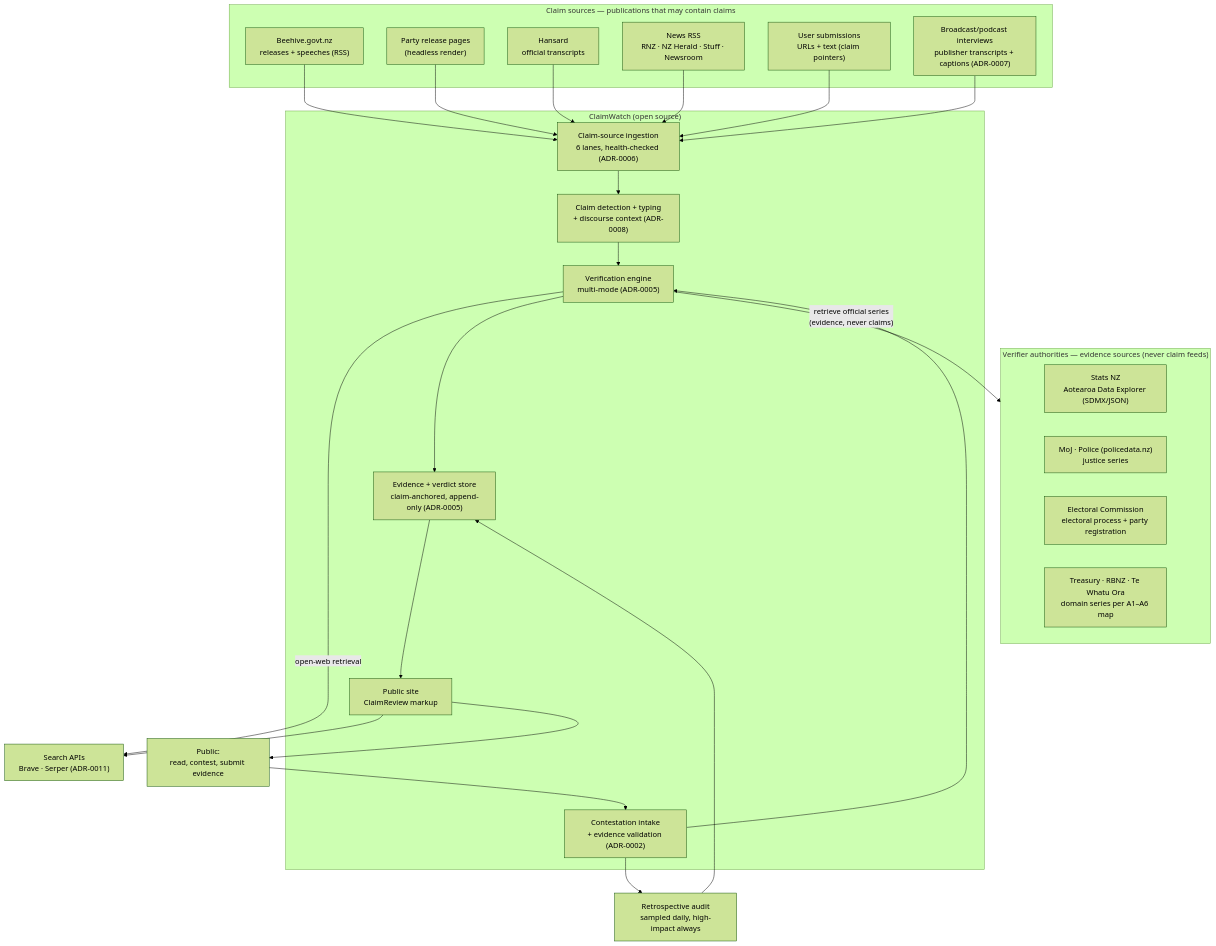
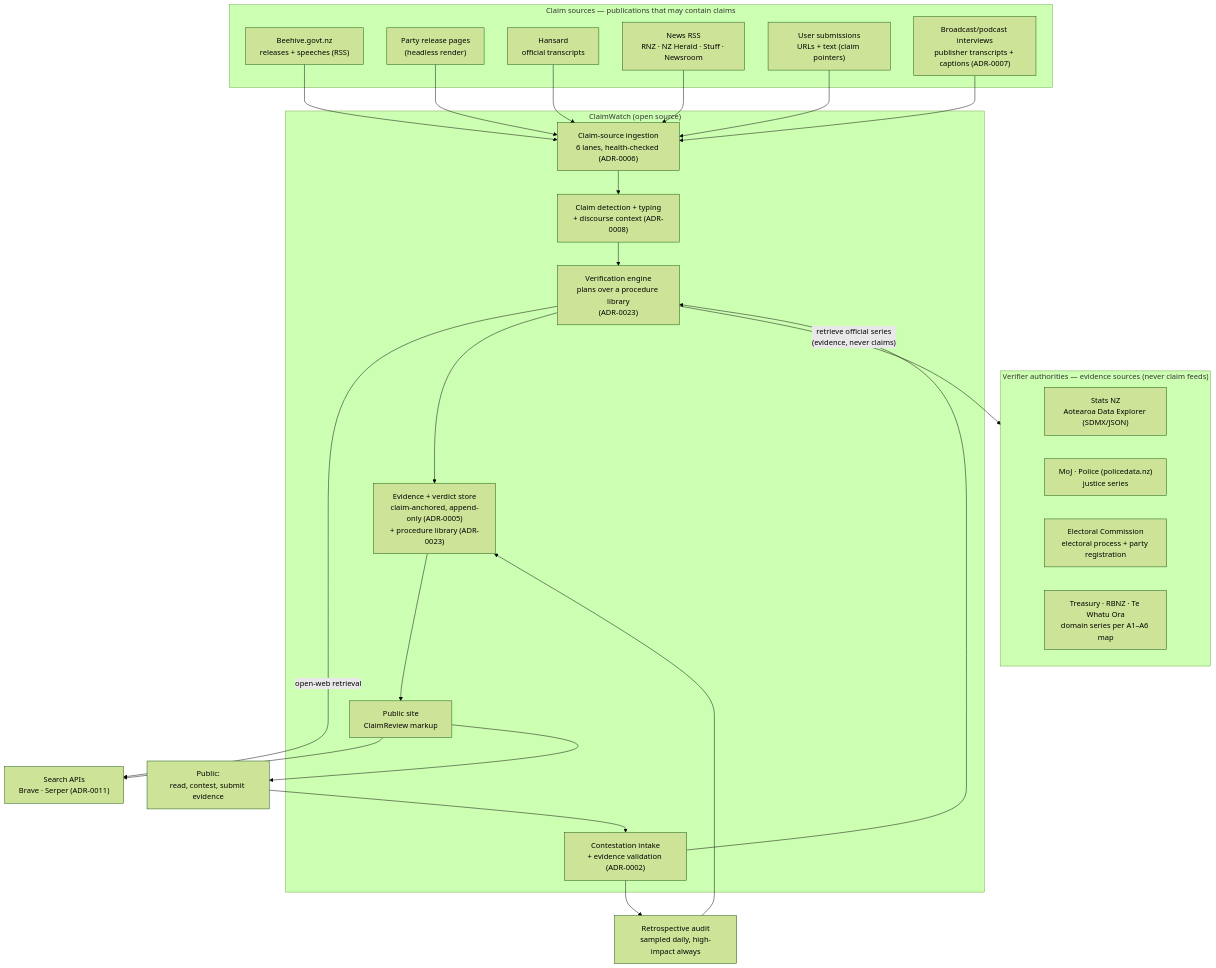
The first of 5 diagrams in docs/ARCHITECTURE.md (bradleyscott/claimwatch-nz), drawn with Mermaid (forest theme) before and after one commit. The commit also changed other lines of this file and 27 other files, not shown here.

````diff
--- a/docs/ARCHITECTURE.md
+++ b/docs/ARCHITECTURE.md
@@ -28,50 +28,50 @@
 ```mermaid
 flowchart TB
     subgraph CLAIM_SOURCES["Claim sources — publications that may contain claims"]
         BEEHIVE["Beehive.govt.nz<br/>releases + speeches (RSS)"]
         PARTIES["Party release pages<br/>(headless render)"]
         HANSARD["Hansard<br/>official transcripts"]
         NEWS["News RSS<br/>RNZ · NZ Herald · Stuff · Newsroom"]
         SUBMIT["User submissions<br/>URLs + text (claim pointers)"]
         BCAST["Broadcast/podcast interviews<br/>publisher transcripts + captions (ADR-0007)"]
     end
 
     subgraph AUTHORITIES["Verifier authorities — evidence sources (never claim feeds)"]
         STATS["Stats NZ<br/>Aotearoa Data Explorer (SDMX/JSON)"]
         MOJ["MoJ · Police (policedata.nz)<br/>justice series"]
         ELECTORAL["Electoral Commission<br/>electoral process + party registration"]
         OTHER["Treasury · RBNZ · Te Whatu Ora<br/>domain series per A1–A6 map"]
     end
 
     subgraph CW["ClaimWatch (open source)"]
         INGEST["Claim-source ingestion<br/>6 lanes, health-checked (ADR-0006)"]
         TRIAGE["Claim detection + typing<br/>+ discourse context (ADR-0008)"]
-        VERIFY["Verification engine<br/>multi-mode (ADR-0005)"]
-        STORE["Evidence + verdict store<br/>claim-anchored, append-only (ADR-0005)"]
+        VERIFY["Verification engine<br/>plans over a procedure library<br/>(ADR-0023)"]
+        STORE["Evidence + verdict store<br/>claim-anchored, append-only (ADR-0005)<br/>+ procedure library (ADR-0023)"]
         SITE["Public site<br/>ClaimReview markup"]
         CONTEST["Contestation intake<br/>+ evidence validation (ADR-0002)"]
     end
 
     PUBLIC["Public:<br/>read, contest, submit evidence"]
     SEARCH["Search APIs<br/>Brave · Serper (ADR-0011)"]
     AUDIT["Retrospective audit<br/>sampled daily, high-impact always"]
 
     BEEHIVE --> INGEST
     PARTIES --> INGEST
     HANSARD --> INGEST
     NEWS --> INGEST
     SUBMIT --> INGEST
     BCAST --> INGEST
     INGEST --> TRIAGE
     TRIAGE --> VERIFY
     VERIFY -- "retrieve official series<br/>(evidence, never claims)" --> AUTHORITIES
     VERIFY -- "open-web retrieval" --> SEARCH
     VERIFY --> STORE
     STORE --> SITE
     SITE --> SEARCH
     SITE --> PUBLIC
     PUBLIC --> CONTEST
     CONTEST --> VERIFY
     CONTEST --> AUDIT
     AUDIT --> STORE
 ```
````
